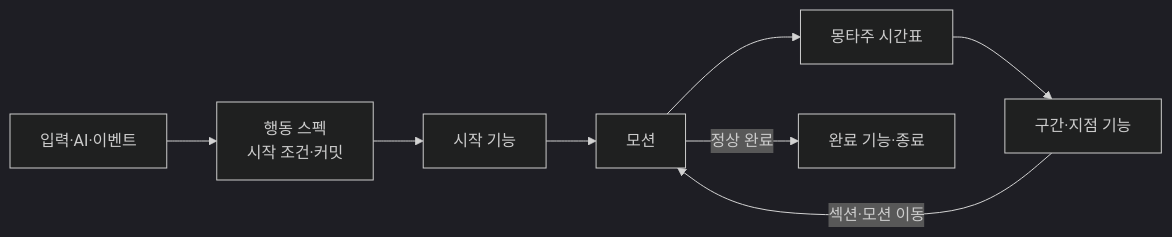
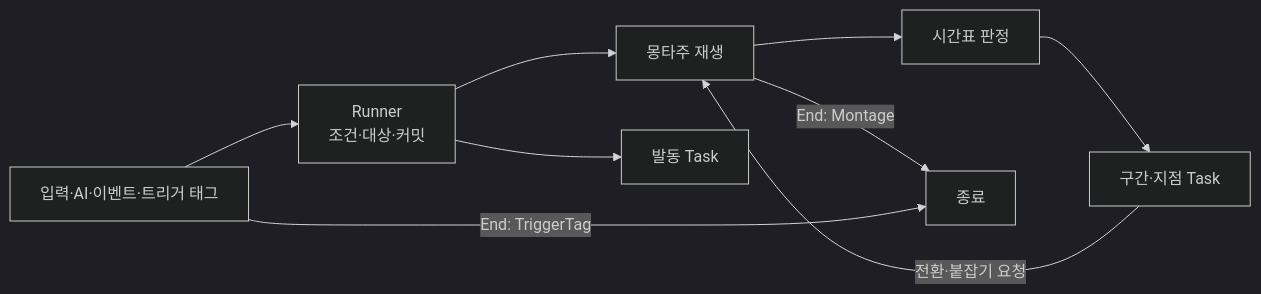
Before and after one commit to Woogl/Ag: the diagram in Docs/Program/행동 ID 분기 제거 설계안.md, drawn with Mermaid (dark theme). The commit also changed other lines of this file, not shown here.

First line of the commit message:
구현 계획서: 행동 ID 분기 제거 설계안을 Runner와 독립 Task 구조로 다시 씀

````diff
--- a/Docs/Program/행동 ID 분기 제거 설계안.md
+++ b/Docs/Program/행동 ID 분기 제거 설계안.md
@@ -24,10 +24,11 @@
 ```mermaid
 flowchart LR
-    I["입력·AI·이벤트"] --> C["행동 스펙<br>시작 조건·커밋"]
-    C --> F["시작 기능"]
-    F --> M["모션"]
-    M --> T["몽타주 시간표"]
-    T --> W["구간·지점 기능"]
-    W -->|"섹션·모션 이동"| M
-    M -->|"정상 완료"| E["완료 기능·종료"]
+    I["입력·AI·이벤트·트리거 태그"] --> R["Runner<br>조건·대상·커밋"]
+    R --> M["몽타주 재생"]
+    R --> A["발동 Task"]
+    M --> T["시간표 판정"]
+    T --> W["구간·지점 Task"]
+    W -->|"전환·붙잡기 요청"| M
+    M -->|"End: Montage"| E["종료"]
+    I -->|"End: TriggerTag"| E
 ```
````
